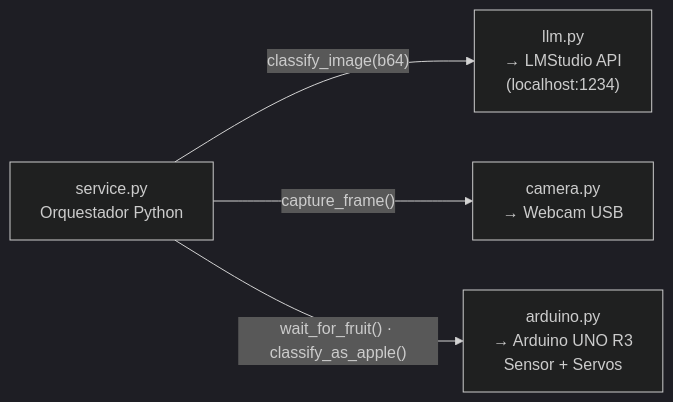
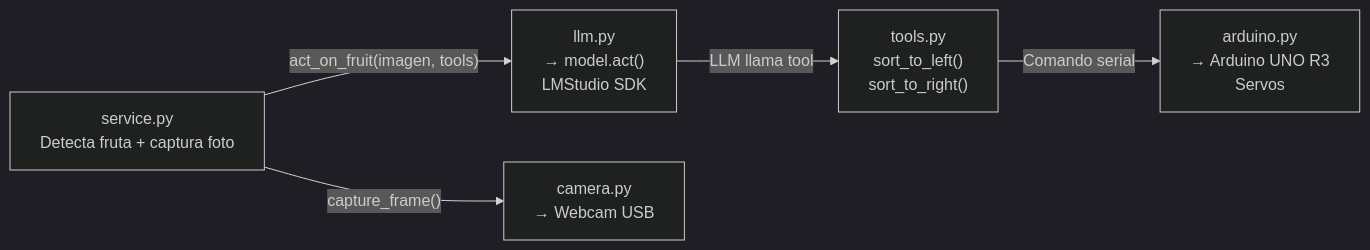
The first of 2 diagrams in README.md (AndresMondragon2004/Clasificador-de-frutas-), drawn with Mermaid (dark theme) before and after one commit. The commit also changed other lines of this file and 9 other files, not shown here.

````diff
--- a/README.md
+++ b/README.md
@@ -93,11 +89,13 @@
 ```mermaid
 graph LR
-    A["service.py<br/>Orquestador Python"]
-    B["llm.py<br/>→ LMStudio API<br/>(localhost:1234)"]
-    C["camera.py<br/>→ Webcam USB"]
-    D["arduino.py<br/>→ Arduino UNO R3<br/>Sensor + Servos"]
+    A["service.py<br/>Detecta fruta + captura foto"]
+    B["llm.py<br/>→ model.act()<br/>LMStudio SDK"]
+    C["tools.py<br/>sort_to_left()<br/>sort_to_right()"]
+    D["arduino.py<br/>→ Arduino UNO R3<br/>Servos"]
+    E["camera.py<br/>→ Webcam USB"]
 
-    A -->|"classify_image(b64)"| B
-    A -->|"capture_frame()"| C
-    A -->|"wait_for_fruit() · classify_as_apple()"| D
+    A -->|"act_on_fruit(imagen, tools)"| B
+    B -->|"LLM llama tool"| C
+    C -->|"Comando serial"| D
+    A -->|"capture_frame()"| E
 ```
````
